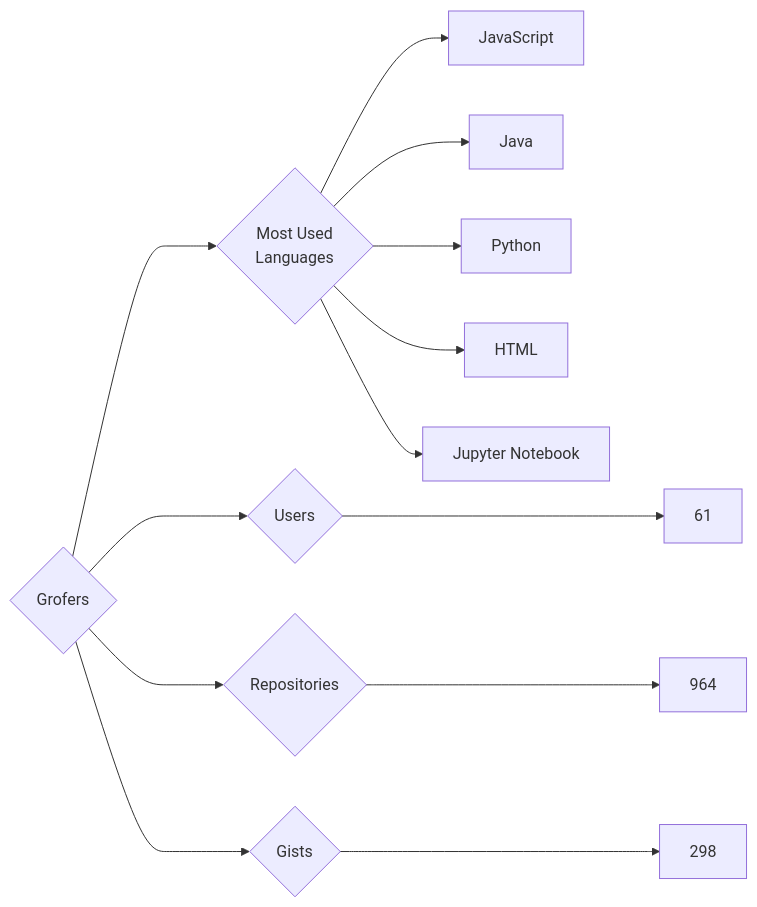
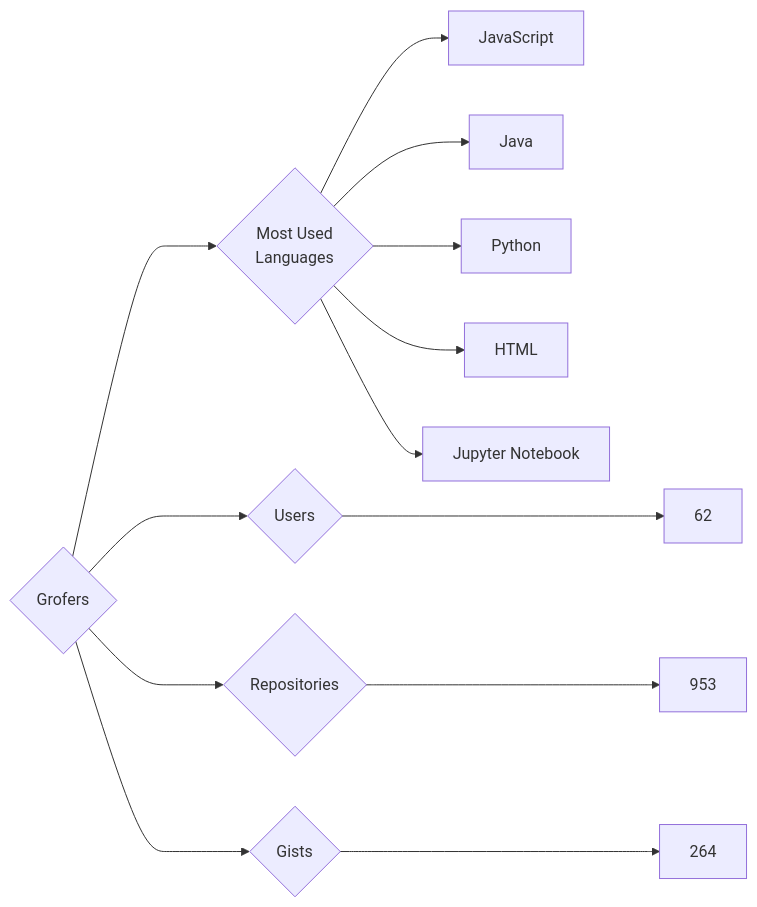
Before and after one commit to trickest/insiders: the diagram in targets/Grofers/README.md, drawn with Mermaid. The commit also changed 895 other files, not shown here.

````diff
--- a/targets/Grofers/README.md
+++ b/targets/Grofers/README.md
@@ -3,13 +3,13 @@
 ```mermaid
 graph LR
 COMPANY_NAME{Grofers}
-COMPANY_NAME ---> U{Users} ---> UN[61]
-COMPANY_NAME ---> R{Repositories} ---> RN[964]
-COMPANY_NAME ---> G{Gists} ---> GN[298]
+COMPANY_NAME ---> U{Users} ---> UN[62]
+COMPANY_NAME ---> R{Repositories} ---> RN[953]
+COMPANY_NAME ---> G{Gists} ---> GN[264]
 COMPANY_NAME ---> ML{Most Used<br>Languages}
 ML --> JavaScript[JavaScript]
 ML --> Java[Java]
 ML --> Python[Python]
 ML --> HTML[HTML]
 ML --> Jupyter_Notebook[Jupyter Notebook]
 ```
````
